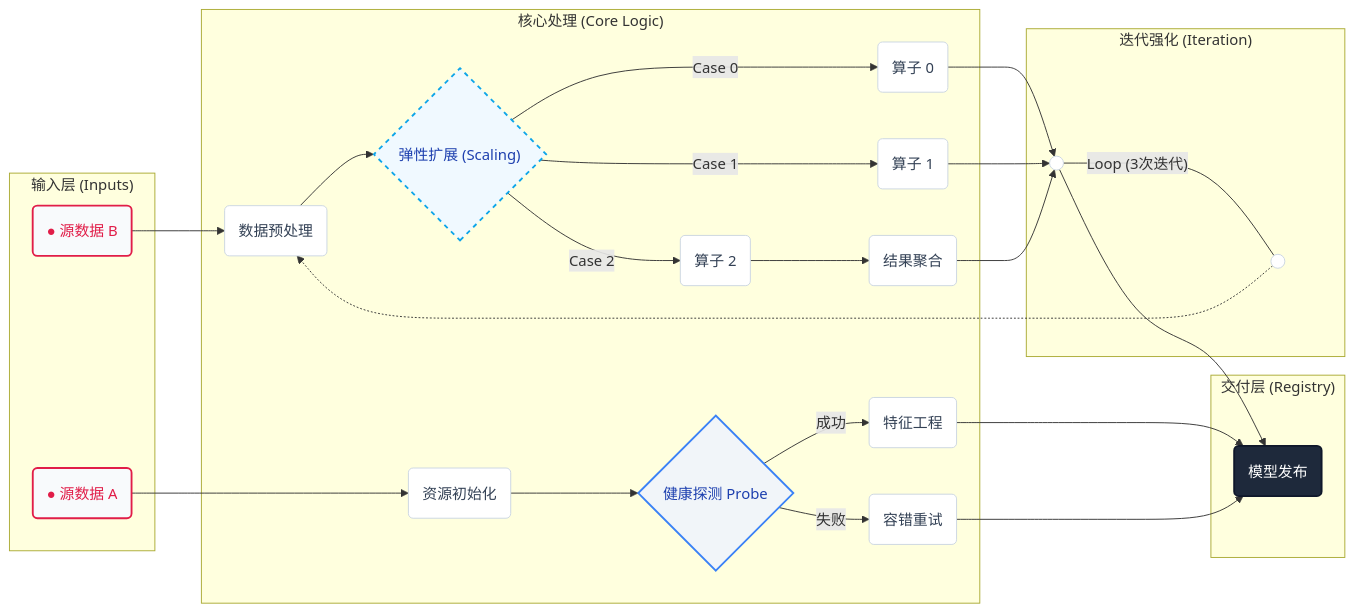
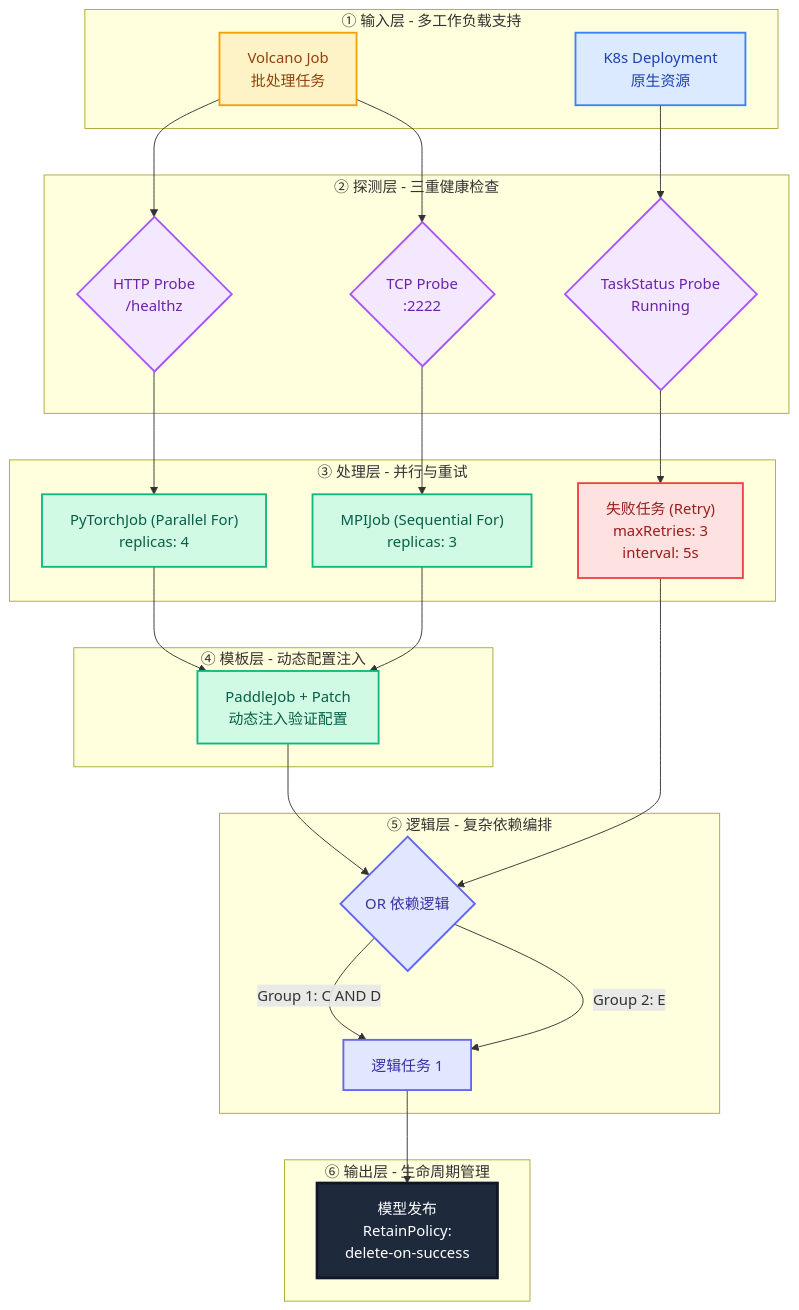
Before and after one commit to zhaizhch/workflow: the diagram in docs/promotion.md, drawn with Mermaid. The commit also changed other lines of this file, not shown here.

Commit message:
docs: 更新推广文档。

````diff
--- a/docs/promotion.md
+++ b/docs/promotion.md
@@ -46,49 +48,52 @@
 ```mermaid
-graph LR
-    subgraph START ["输入层 (Inputs)"]
-        A("● 源数据 A")
-        B("● 源数据 B")
+graph TB
+    subgraph INPUT ["① 输入层 - 多工作负载支持"]
+        A["Volcano Job<br/>批处理任务"]
+        B["K8s Deployment<br/>原生资源"]
     end
 
-    subgraph CORE ["核心处理 (Core Logic)"]
-        A --> C(资源初始化)
-        B --> D(数据预处理)
-        
-        C --> Probe{健康探测 Probe}
-        Probe -- 成功 --> E(特征工程)
-        Probe -- 失败 --> F(容错重试)
-        
-        D --> Parallel{"弹性扩展 (Scaling)"}
-        Parallel -- Case 0 --> G(算子 0)
-        Parallel -- Case 1 --> H(算子 1)
-        Parallel -- Case 2 --> I(算子 2)
-        I --> J(结果聚合)
-    end
-    
-    subgraph LOOP ["迭代强化 (Iteration)"]
-        G --> Junction(( ))
-        H --> Junction
-        J --> Junction
-        
-        Junction -- "Loop (3次迭代)" --- Repeat(( ))
-        Repeat -.-> D
-    end
-    
-    subgraph FINAL ["交付层 (Registry)"]
-        E --> K(模型发布)
-        F --> K
-        Junction --> K
+    subgraph PROBE ["② 探测层 - 三重健康检查"]
+        A --> P1{"HTTP Probe<br/>/healthz"}
+        A --> P2{"TCP Probe<br/>:2222"}
+        B --> P3{"TaskStatus Probe<br/>Running"}
     end
 
-    %% 样式美化 (Aesthetic Styling)
-    classDef default fill:#ffffff,stroke:#cbd5e1,stroke-width:1px,color:#334155;
-    classDef start fill:#f8fafc,stroke:#e11d48,stroke-width:2px,color:#e11d48;
-    classDef decision fill:#f1f5f9,stroke:#3b82f6,stroke-width:2px,color:#1e40af;
-    classDef final fill:#1e293b,stroke:#0f172a,stroke-width:2px,color:#ffffff;
-    classDef parallel fill:#f0f9ff,stroke:#0ea5e9,stroke-dasharray: 5 5;
+    subgraph PARALLEL ["③ 处理层 - 并行与重试"]
+        P1 --> C["PyTorchJob (Parallel For)<br/>replicas: 4"]
+        P2 --> D["MPIJob (Sequential For)<br/>replicas: 3"]
+        P3 --> E["失败任务 (Retry)<br/>maxRetries: 3<br/>interval: 5s"]
+    end
 
-    class A,B start;
-    class Probe,Parallel,Case decision;
+    subgraph PATCH ["④ 模板层 - 动态配置注入"]
+        C --> F["PaddleJob + Patch<br/>动态注入验证配置"]
+        D --> F
+    end
+
+    subgraph LOGIC ["⑤ 逻辑层 - 复杂依赖编排"]
+        F --> G{"OR 依赖逻辑"}
+        E --> G
+        G -->|"Group 1: C AND D"| H["逻辑任务 1"]
+        G -->|"Group 2: E"| H
+    end
+
+    subgraph OUTPUT ["⑥ 输出层 - 生命周期管理"]
+        H --> K["模型发布<br/>RetainPolicy:<br/>delete-on-success"]
+    end
+
+    %% 样式定义
+    classDef volcano fill:#fef3c7,stroke:#f59e0b,stroke-width:2px,color:#92400e;
+    classDef k8s fill:#dbeafe,stroke:#3b82f6,stroke-width:2px,color:#1e40af;
+    classDef probe fill:#f3e8ff,stroke:#a855f7,stroke-width:2px,color:#6b21a8;
+    classDef kubeflow fill:#d1fae5,stroke:#10b981,stroke-width:2px,color:#065f46;
+    classDef retry fill:#fee2e2,stroke:#ef4444,stroke-width:2px,color:#991b1b;
+    classDef logic fill:#e0e7ff,stroke:#6366f1,stroke-width:2px,color:#3730a3;
+    classDef final fill:#1e293b,stroke:#0f172a,stroke-width:3px,color:#ffffff;
+
+    class A volcano;
+    class B k8s;
+    class P1,P2,P3 probe;
+    class C,D,F kubeflow;
+    class E retry;
+    class G,H logic;
     class K final;
-    class Parallel parallel;
 ```
````
